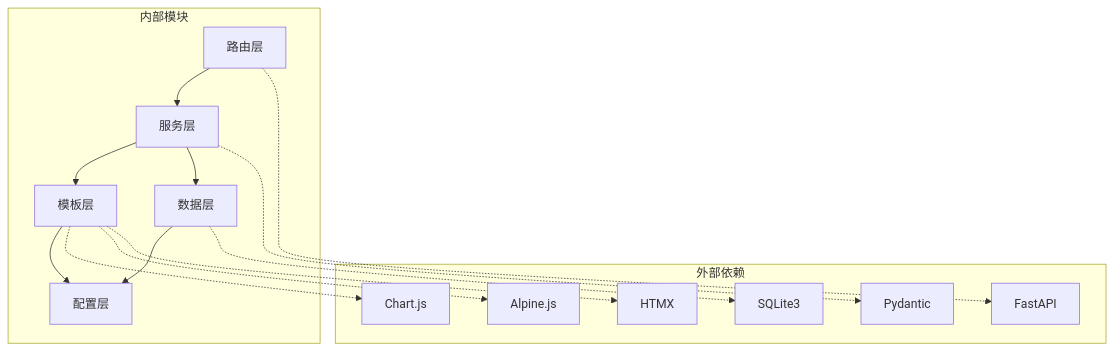
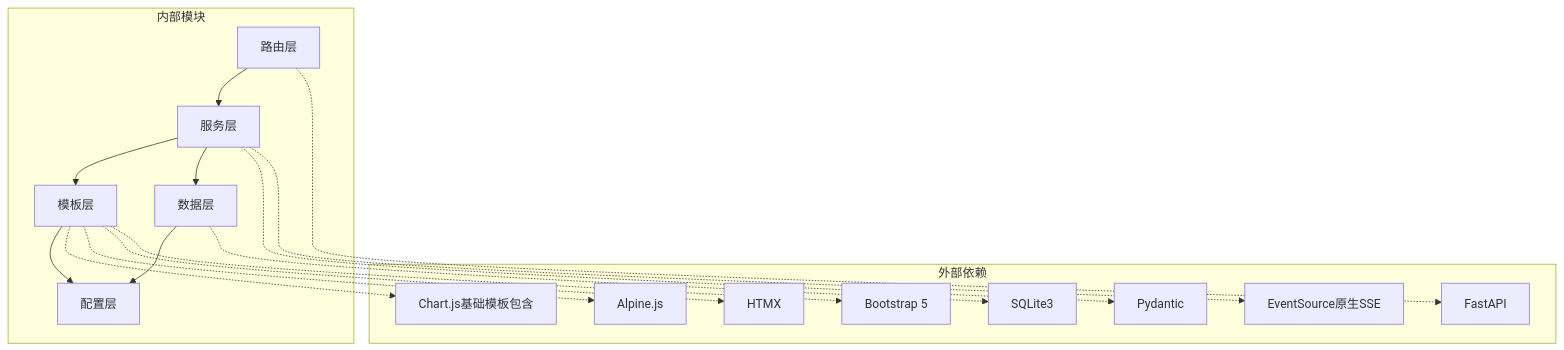
One commit to ldeng76/quant-ETF changed the third of 3 diagrams in .qoder/repowiki/zh/content/Dashboard监控系统/核心页面功能/策略执行页面.md. Above: the diagram before and after it, drawn with Mermaid. The commit also changed other lines of this file and 11 other files, not shown here.

````diff
--- a/.qoder/repowiki/zh/content/Dashboard监控系统/核心页面功能/策略执行页面.md
+++ b/.qoder/repowiki/zh/content/Dashboard监控系统/核心页面功能/策略执行页面.md
@@ -300,29 +343,33 @@
 ```mermaid
 graph TD
 subgraph "外部依赖"
 A[FastAPI]
 B[Pydantic]
 C[SQLite3]
-D[Chart.js]
+D[Chart.js基础模板包含]
 E[Alpine.js]
 F[HTMX]
+G[Bootstrap 5]
+H[EventSource原生SSE]
 end
 subgraph "内部模块"
-G[路由层]
-H[服务层]
-I[模板层]
-J[数据层]
-K[配置层]
+I[路由层]
+J[服务层]
+K[模板层]
+L[数据层]
+M[配置层]
 end
-G --> H
-H --> I
-H --> J
-I --> K
+I --> J
 J --> K
-G -.-> A
-H -.-> B
-J -.-> C
-I -.-> D
-I -.-> E
-I -.-> F
+J --> L
+K --> M
+L --> M
+I -.-> A
+J -.-> B
+L -.-> C
+K -.-> D
+K -.-> E
+K -.-> F
+K -.-> G
+J -.-> H
 ```
````
